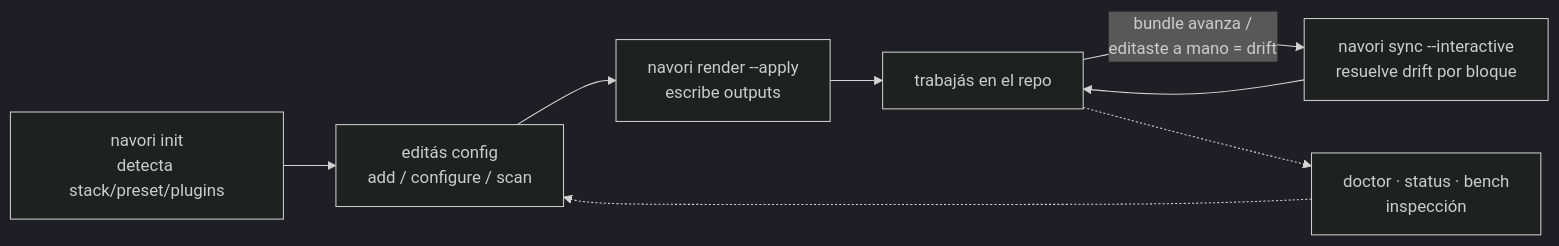
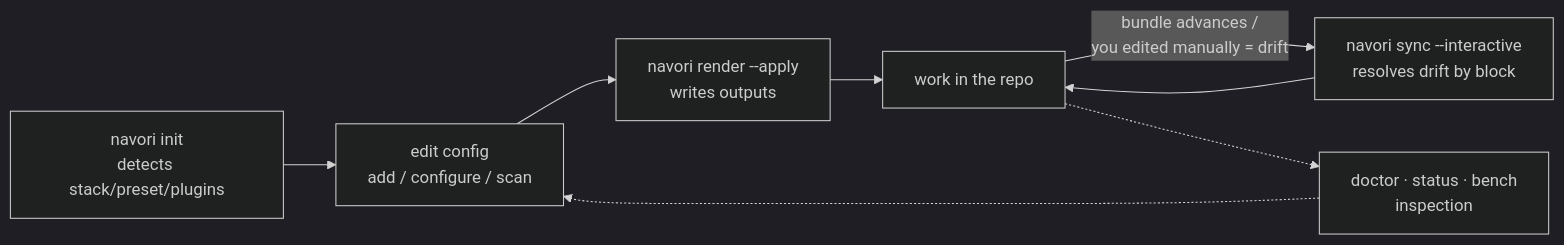
Before and after one commit to UlisesCm/navori-harness: the third of 3 diagrams in docs/architecture.md, drawn with Mermaid (dark theme). The commit also changed other lines of this file and 125 other files, not shown here.

````diff
--- a/docs/architecture.md
+++ b/docs/architecture.md
@@ -116,21 +93,21 @@
 ```mermaid
 flowchart LR
-    INIT["navori init<br/>detecta stack/preset/plugins"]
-    EDIT["editás config<br/>add / configure / scan"]
-    RENDER["navori render --apply<br/>escribe outputs"]
-    WORK["trabajás en el repo"]
-    SYNC["navori sync --interactive<br/>resuelve drift por bloque"]
-    INSPECT["doctor · status · bench<br/>inspección"]
+    INIT["navori init<br/>detects stack/preset/plugins"]
+    EDIT["edit config<br/>add / configure / scan"]
+    RENDER["navori render --apply<br/>writes outputs"]
+    WORK["work in the repo"]
+    SYNC["navori sync --interactive<br/>resolves drift by block"]
+    INSPECT["doctor · status · bench<br/>inspection"]
 
     INIT --> EDIT --> RENDER --> WORK
-    WORK -- "bundle avanza /<br/>editaste a mano = drift" --> SYNC
+    WORK -- "bundle advances /<br/>you edited manually = drift" --> SYNC
     SYNC --> WORK
     WORK -.-> INSPECT
     INSPECT -.-> EDIT
 
     click INIT "../packages/cli/src/commands/init.ts" "init"
     click EDIT "../packages/cli/src/commands/add.ts" "add / configure"
     click RENDER "../packages/cli/src/commands/render.ts" "render"
     click SYNC "../packages/cli/src/commands/sync.ts" "sync"
     click INSPECT "../packages/cli/src/commands/status.ts" "status / doctor / bench"
 ```
````
